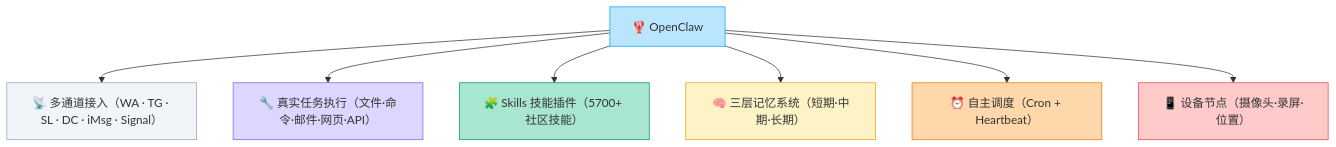
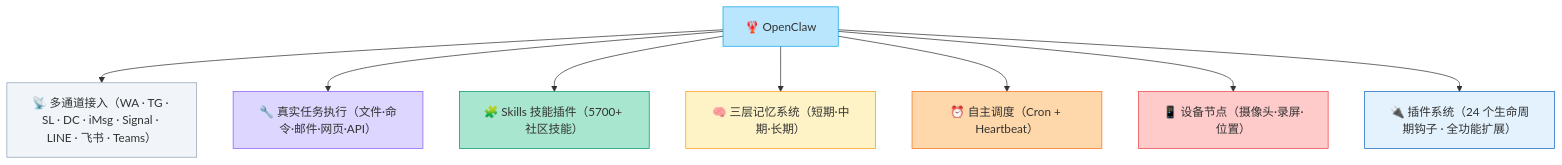
One commit to shinegz/Notes changed the third of 23 diagrams in AI/openClaw/OpenClaw从零认知.md. Above: the diagram before and after it, drawn with Mermaid. The commit also changed other lines of this file and 4 other files, not shown here.

````diff
--- a/AI/openClaw/OpenClaw从零认知.md
+++ b/AI/openClaw/OpenClaw从零认知.md
@@ -208,19 +210,21 @@
 ```mermaid
 flowchart TB
   OC["🦞 OpenClaw"]
   
-  OC --> C1["📡 多通道接入（WA · TG · SL · DC · iMsg · Signal）"]
+  OC --> C1["📡 多通道接入（WA · TG · SL · DC · iMsg · Signal · LINE · 飞书 · Teams）"]
   OC --> C2["🔧 真实任务执行（文件·命令·邮件·网页·API）"]
   OC --> C3["🧩 Skills 技能插件（5700+ 社区技能）"]
   OC --> C4["🧠 三层记忆系统（短期·中期·长期）"]
   OC --> C5["⏰ 自主调度（Cron + Heartbeat）"]
   OC --> C6["📱 设备节点（摄像头·录屏·位置）"]
+  OC --> C7["🔌 插件系统（24 个生命周期钩子 · 全功能扩展）"]
 
   style OC fill:#bae6fd,stroke:#0ea5e9
   style C1 fill:#f1f5f9,stroke:#94a3b8
   style C2 fill:#ddd6fe,stroke:#8b5cf6
   style C3 fill:#a8e6cf,stroke:#059669
   style C4 fill:#fef3c7,stroke:#f59e0b
   style C5 fill:#fed7aa,stroke:#f97316
   style C6 fill:#fecaca,stroke:#ef4444
+  style C7 fill:#E3F2FD,stroke:#1565C0
 ```
````
